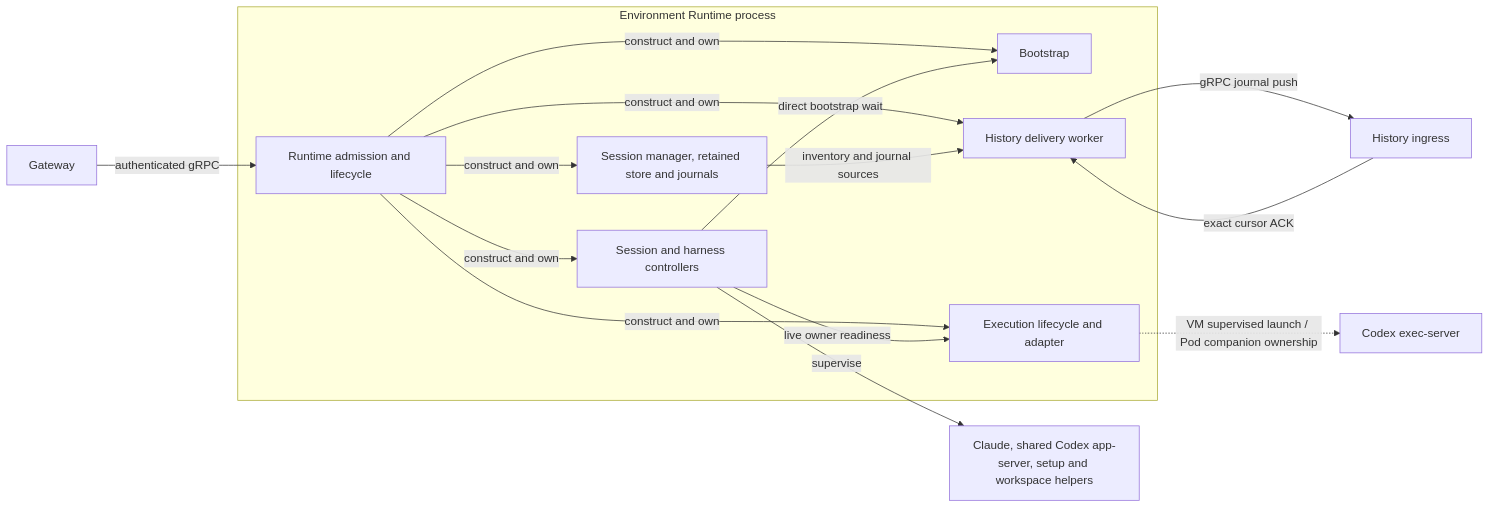
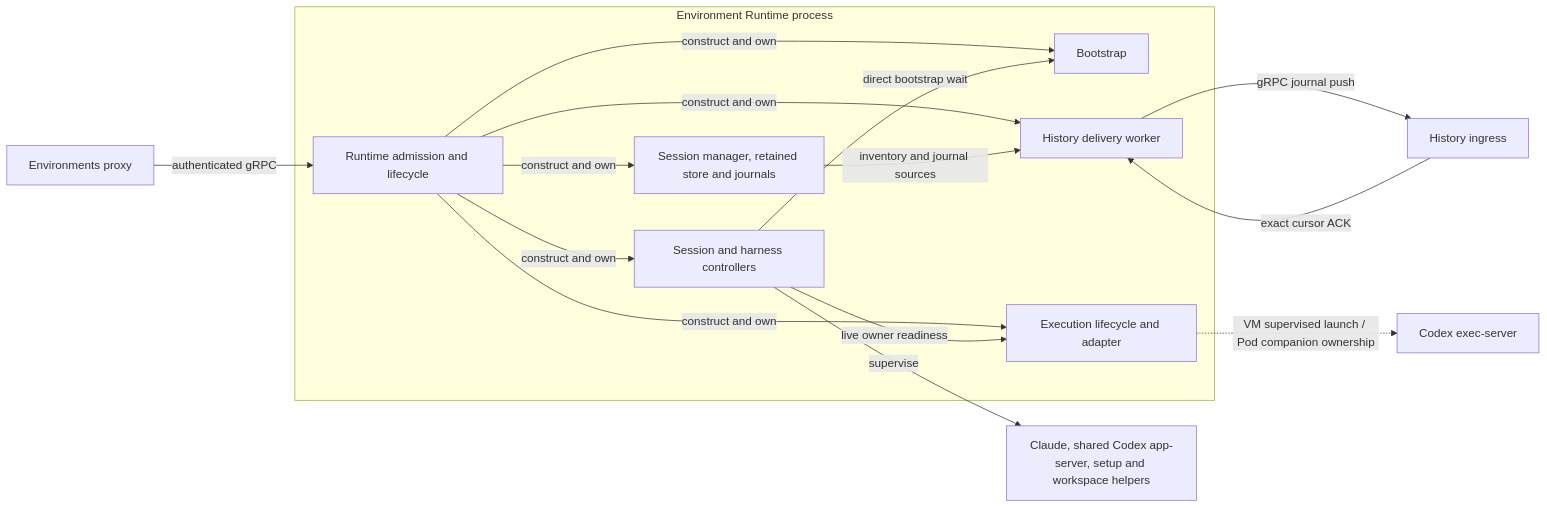
The first of 2 diagrams in agentplane/env/runtime/docs/lifecycle.md (agentydragon/ducktape), drawn with Mermaid before and after one commit. The commit also changed 1 other file, not shown here.

Commit message:
Link config.md and the Runtime SPEC from the control doc instead of repeating them, and drop the retired Gateway SVID
`control.md` restated `config.md` (command line, strict JSON, `control.security` modes, environment resolution, VM preflight and OOM properties) and named `spiffe://agentplane/runner-gateway` as the control peer, which Runtime refuses: `control/server.go` admits only the runtime-proxy and sandbox-controller SVIDs. Replace both with a pointer to `config.md` and the Runtime SPEC, and keep the one statement only this doc held (Session configuration cannot override executor selection).

Rename the retired "Gateway" to "Environments proxy" in `control.md` and the `lifecycle.md` diagram node.

Claude-Session: https://claude.ai/code/session_01AYUnw66XGUAxLt5PERY1Cn

````diff
--- a/agentplane/env/runtime/docs/lifecycle.md
+++ b/agentplane/env/runtime/docs/lifecycle.md
@@ -8,20 +8,20 @@
 ```mermaid
 flowchart LR
-  G["Gateway"] -->|"authenticated gRPC"| R
+  G["Environments proxy"] -->|"authenticated gRPC"| R
   subgraph RuntimeProcess["Environment Runtime process"]
     R["Runtime admission and lifecycle"]
     S["Session manager, retained store and journals"]
     C["Session and harness controllers"]
     B["Bootstrap"]
     E["Execution lifecycle and adapter"]
     H["History delivery worker"]
     R -->|"construct and own"| S & C & B & E & H
     C -->|"direct bootstrap wait"| B
     C -->|"live owner readiness"| E
     S -->|"inventory and journal sources"| H
   end
   C -->|"supervise"| Native["Claude, shared Codex app-server, setup and workspace helpers"]
   E -.->|"VM supervised launch / Pod companion ownership"| X["Codex exec-server"]
   H -->|"gRPC journal push"| History["History ingress"]
   History -->|"exact cursor ACK"| H
 ```
````
